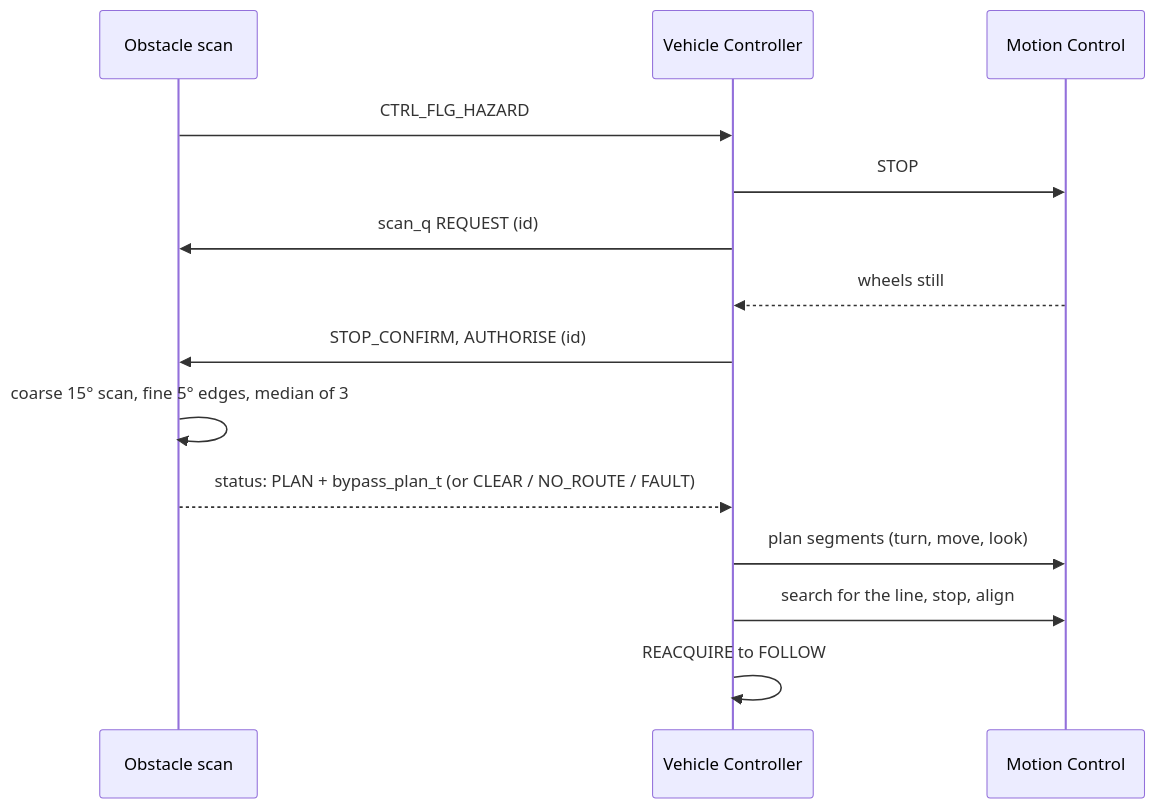
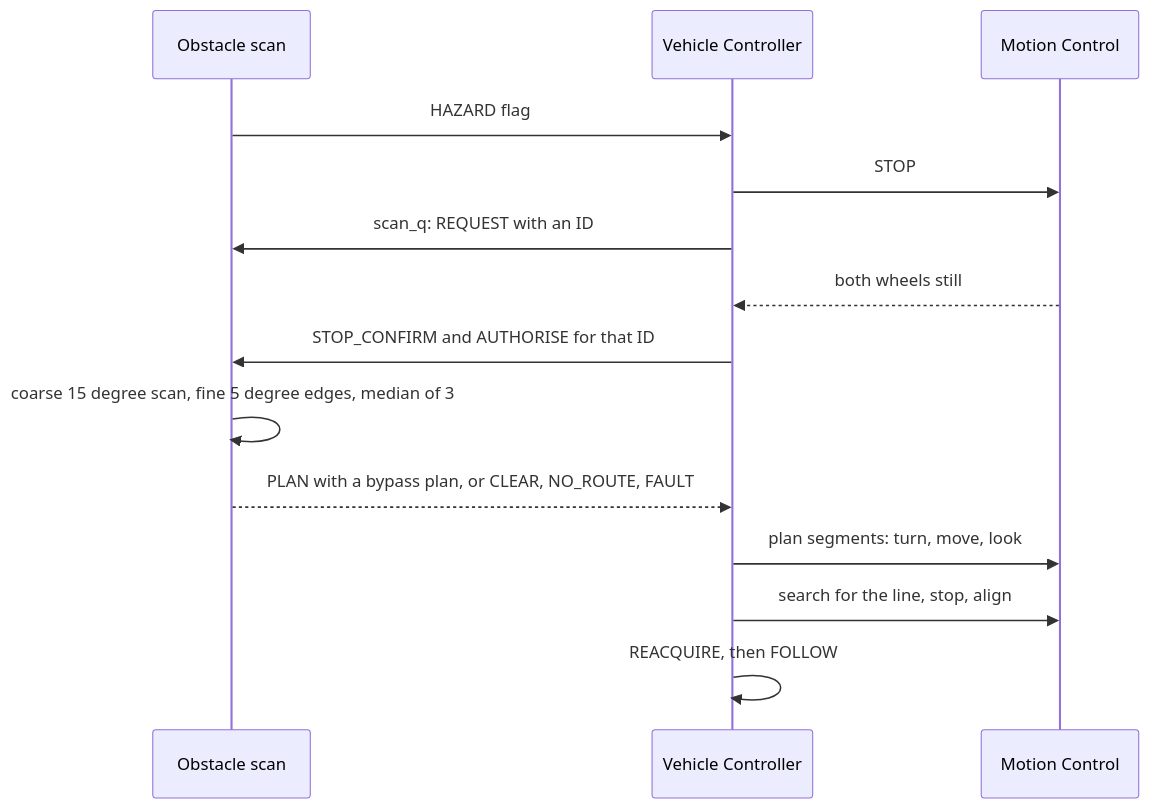
Before and after one commit to timothyckl/INF2004-P2-08-RobotCar: the fifth of 6 diagrams in docs/final_architecture.md, drawn with Mermaid. The commit also changed other lines of this file and 6 other files, not shown here.

First line of the commit message:
docs: final audit - diagrams, outdated statements and evidence wording

````diff
--- a/docs/final_architecture.md
+++ b/docs/final_architecture.md
@@ -183,16 +204,16 @@
 ```mermaid
 sequenceDiagram
   participant S5 as Obstacle scan
   participant C as Vehicle Controller
   participant M as Motion Control
-  S5->>C: CTRL_FLG_HAZARD
+  S5->>C: HAZARD flag
   C->>M: STOP
-  C->>S5: scan_q REQUEST (id)
-  M-->>C: wheels still
-  C->>S5: STOP_CONFIRM, AUTHORISE (id)
-  S5->>S5: coarse 15° scan, fine 5° edges, median of 3
-  S5-->>C: status: PLAN + bypass_plan_t (or CLEAR / NO_ROUTE / FAULT)
-  C->>M: plan segments (turn, move, look)
+  C->>S5: scan_q: REQUEST with an ID
+  M-->>C: both wheels still
+  C->>S5: STOP_CONFIRM and AUTHORISE for that ID
+  S5->>S5: coarse 15 degree scan, fine 5 degree edges, median of 3
+  S5-->>C: PLAN with a bypass plan, or CLEAR, NO_ROUTE, FAULT
+  C->>M: plan segments: turn, move, look
   C->>M: search for the line, stop, align
-  C->>C: REACQUIRE to FOLLOW
+  C->>C: REACQUIRE, then FOLLOW
 ```
````
